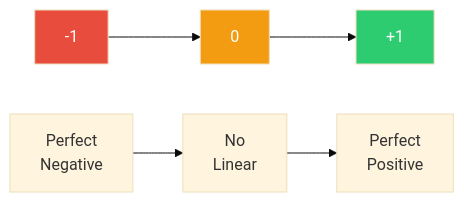
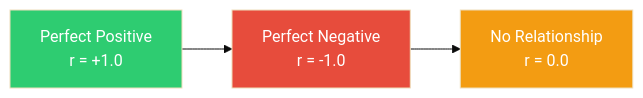
The fourth of 11 diagrams in 04-correlation.md (muhammadsalek/statistics-for-scientists), drawn with Mermaid (base theme) before and after one commit. The commit also changed other lines of this file, not shown here.

````diff
--- a/04-correlation.md
+++ b/04-correlation.md
@@ -226,11 +392,9 @@
 ```mermaid
 graph LR
-    A["-1"] --> B["0"]
-    B --> C["+1"]
+    A["Perfect Positive<br>r = +1.0"] --> B["Perfect Negative<br>r = -1.0"]
+    B --> C["No Relationship<br>r = 0.0"]
     
-    D["Perfect<br>Negative"] --> E["No<br>Linear"] --> F["Perfect<br>Positive"]
-    
-    style A fill:#e74c3c,color:#fff
-    style B fill:#f39c12,color:#fff
-    style C fill:#2ecc71,color:#fff
+    style A fill:#2ecc71,color:#fff
+    style B fill:#e74c3c,color:#fff
+    style C fill:#f39c12,color:#fff
 ```
````
